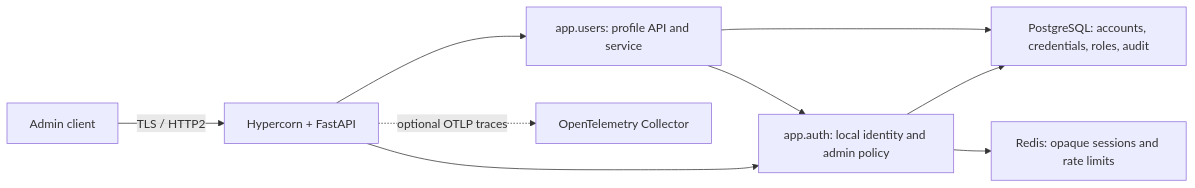
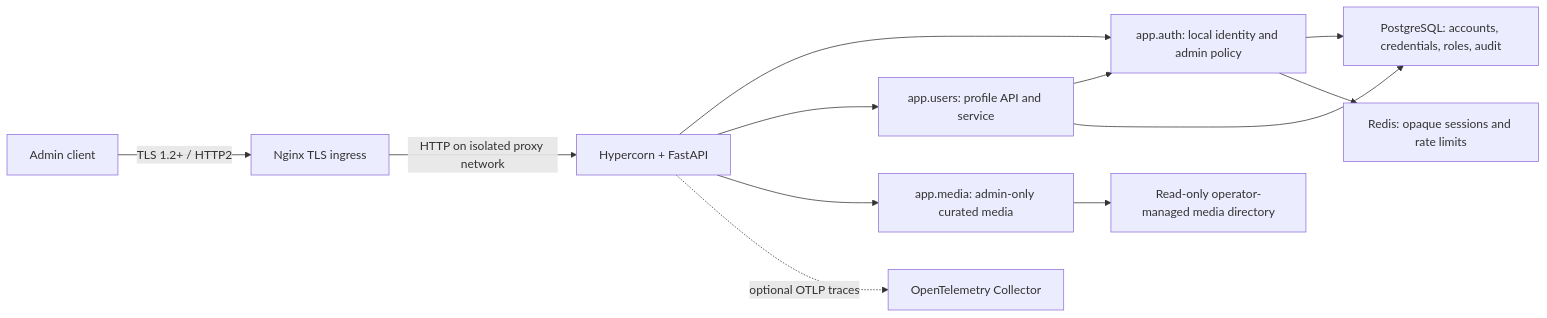
Before and after one commit to GolangDeveloperAlmir/services: the diagram in docs/architecture.md, drawn with Mermaid. The commit also changed other lines of this file and 40 other files, not shown here.

````diff
--- a/docs/architecture.md
+++ b/docs/architecture.md
@@ -5,11 +5,14 @@
 ```mermaid
 flowchart LR
-    Client["Admin client"] -->|"TLS / HTTP2"| Hypercorn["Hypercorn + FastAPI"]
+    Client["Admin client"] -->|"TLS 1.2+ / HTTP2"| Nginx["Nginx TLS ingress"]
+    Nginx -->|"HTTP on isolated proxy network"| Hypercorn["Hypercorn + FastAPI"]
     Hypercorn --> Auth["app.auth: local identity and admin policy"]
     Hypercorn --> Users["app.users: profile API and service"]
+    Hypercorn --> Media["app.media: admin-only curated media"]
     Users --> Auth
     Auth --> DB["PostgreSQL: accounts, credentials, roles, audit"]
     Users --> DB
     Auth --> Redis["Redis: opaque sessions and rate limits"]
+    Media --> Assets["Read-only operator-managed media directory"]
     Hypercorn -. optional OTLP traces .-> Collector["OpenTelemetry Collector"]
 ```
````
